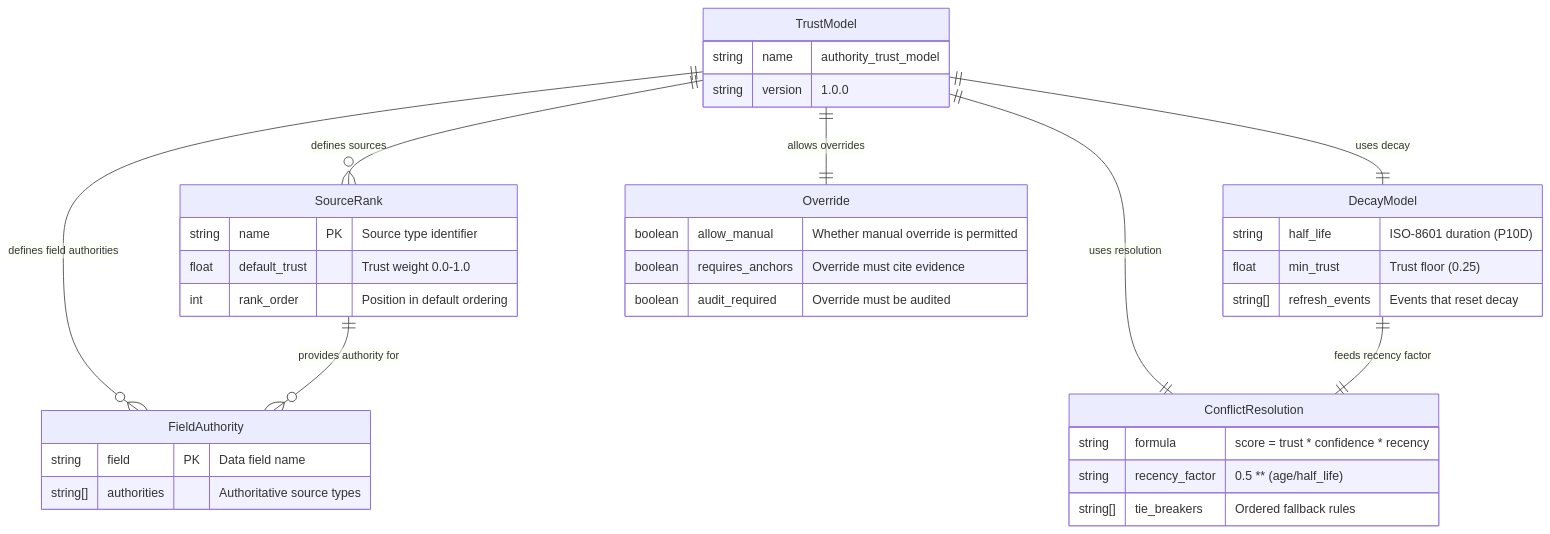
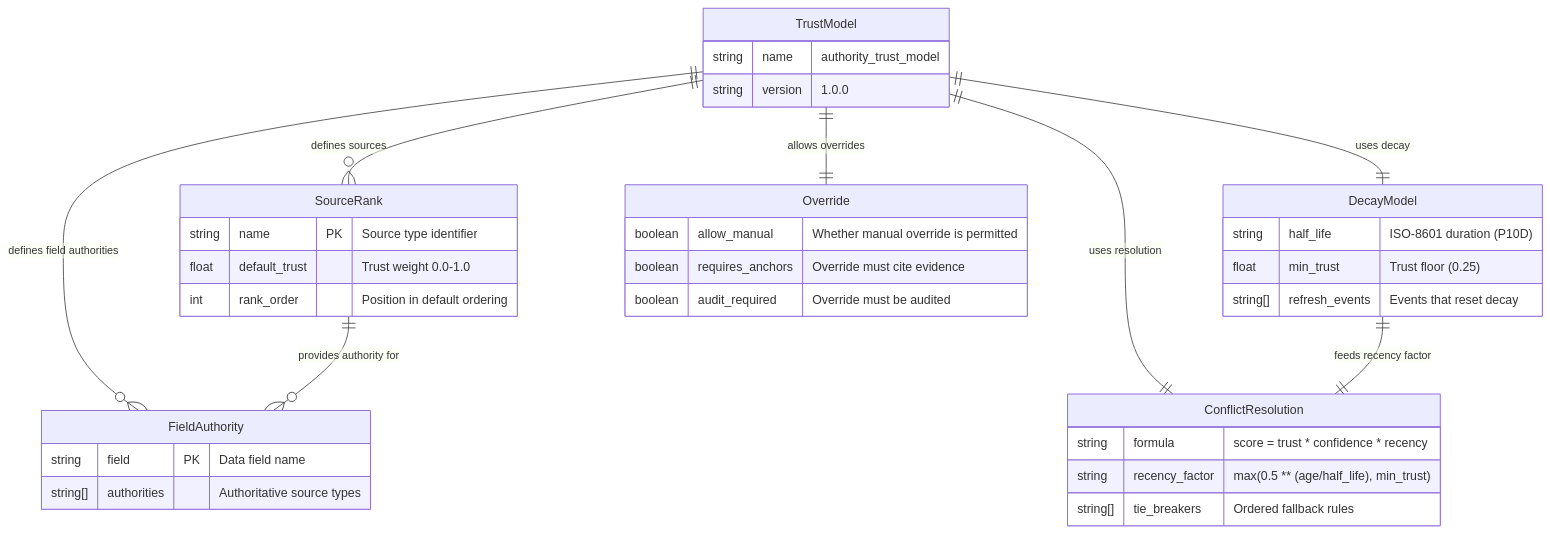
Before and after one commit to synaptiai/agent-capability-standard: the fourth of 7 diagrams in analysis/03-data-model-and-erd.md, drawn with Mermaid. The commit also changed other lines of this file and 8 other files, not shown here.

First line of the commit message:
fix(trust): enforce decay_model.min_trust and define its semantics in §8.1

````diff
--- a/analysis/03-data-model-and-erd.md
+++ b/analysis/03-data-model-and-erd.md
@@ -585,44 +585,44 @@
 ```mermaid
 erDiagram
     SourceRank {
         string name PK "Source type identifier"
         float default_trust "Trust weight 0.0-1.0"
         int rank_order "Position in default ordering"
     }
 
     FieldAuthority {
         string field PK "Data field name"
         string[] authorities "Authoritative source types"
     }
 
     DecayModel {
         string half_life "ISO-8601 duration (P10D)"
         float min_trust "Trust floor (0.25)"
         string[] refresh_events "Events that reset decay"
     }
 
     ConflictResolution {
         string formula "score = trust * confidence * recency"
-        string recency_factor "0.5 ** (age/half_life)"
+        string recency_factor "max(0.5 ** (age/half_life), min_trust)"
         string[] tie_breakers "Ordered fallback rules"
     }
 
     Override {
         boolean allow_manual "Whether manual override is permitted"
         boolean requires_anchors "Override must cite evidence"
         boolean audit_required "Override must be audited"
     }
 
     TrustModel {
         string name "authority_trust_model"
         string version "1.0.0"
     }
 
     TrustModel ||--o{ SourceRank : "defines sources"
     TrustModel ||--o{ FieldAuthority : "defines field authorities"
     TrustModel ||--|| DecayModel : "uses decay"
     TrustModel ||--|| ConflictResolution : "uses resolution"
     TrustModel ||--|| Override : "allows overrides"
     SourceRank ||--o{ FieldAuthority : "provides authority for"
     DecayModel ||--|| ConflictResolution : "feeds recency factor"
 ```
````
